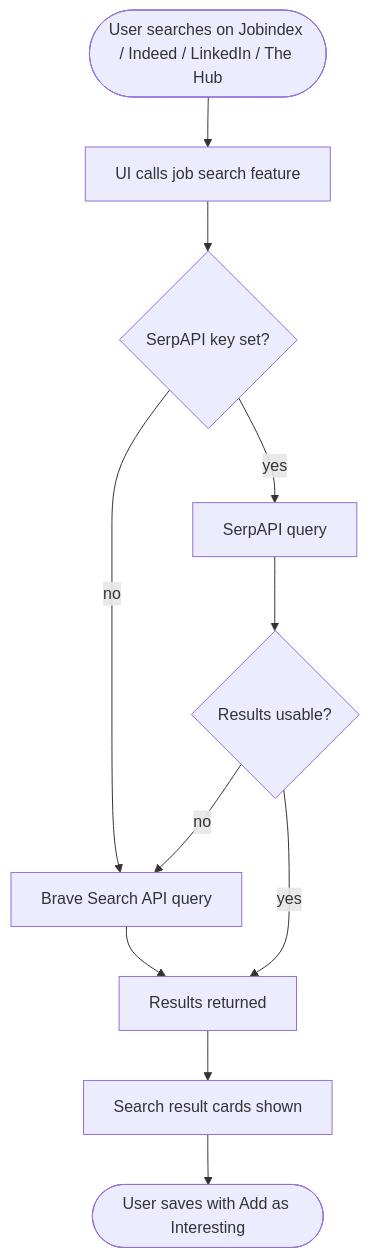
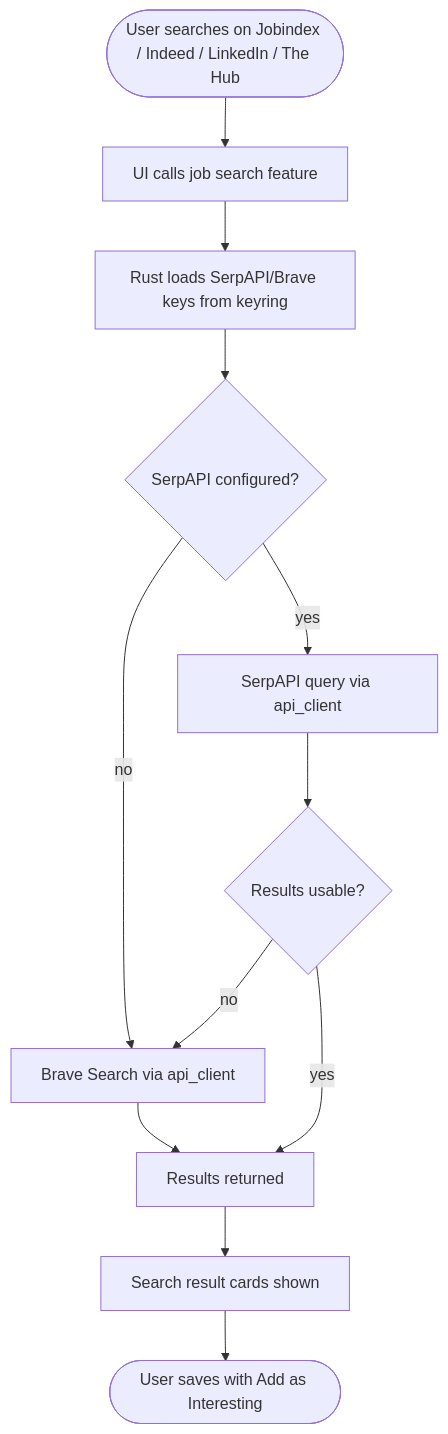
The sixth of 7 diagrams in docs/architecture.md (eikrad/Job-Tracker), drawn with Mermaid before and after one commit. The commit also changed other lines of this file and 7 other files, not shown here.

First line of the commit message:
docs: document keyring secrets, Rust LLM, and HTTP helpers

````diff
--- a/docs/architecture.md
+++ b/docs/architecture.md
@@ -133,13 +149,14 @@
 ```mermaid
 flowchart TD
     A([User searches on Jobindex / Indeed / LinkedIn / The Hub]) --> B[UI calls job search feature]
-    B --> C{SerpAPI key set?}
-    C -->|yes| D[SerpAPI query]
-    C -->|no| E[Brave Search API query]
-    D --> F{Results usable?}
-    F -->|no| E
-    E --> G[Results returned]
-    F -->|yes| G
-    G --> H[Search result cards shown]
-    H --> I([User saves with Add as Interesting])
+    B --> C[Rust loads SerpAPI/Brave keys from keyring]
+    C --> D{SerpAPI configured?}
+    D -->|yes| E[SerpAPI query via api_client]
+    D -->|no| F[Brave Search via api_client]
+    E --> G{Results usable?}
+    G -->|no| F
+    F --> H[Results returned]
+    G -->|yes| H
+    H --> I[Search result cards shown]
+    I --> J([User saves with Add as Interesting])
 ```
````
